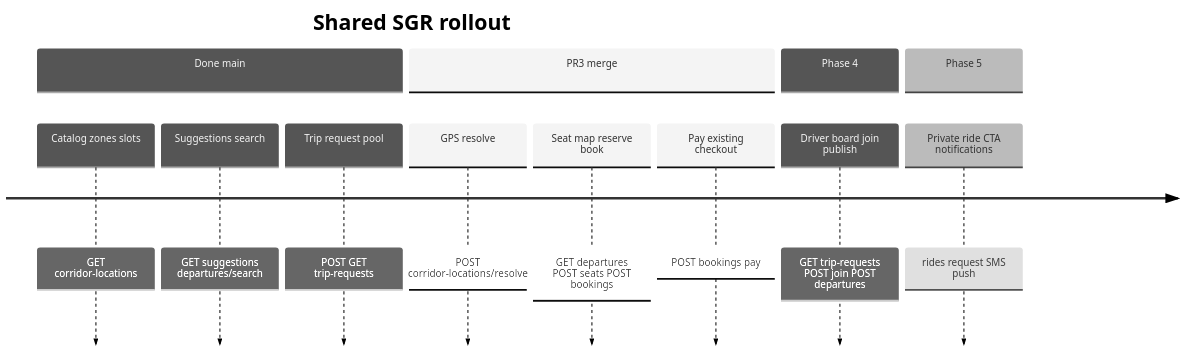
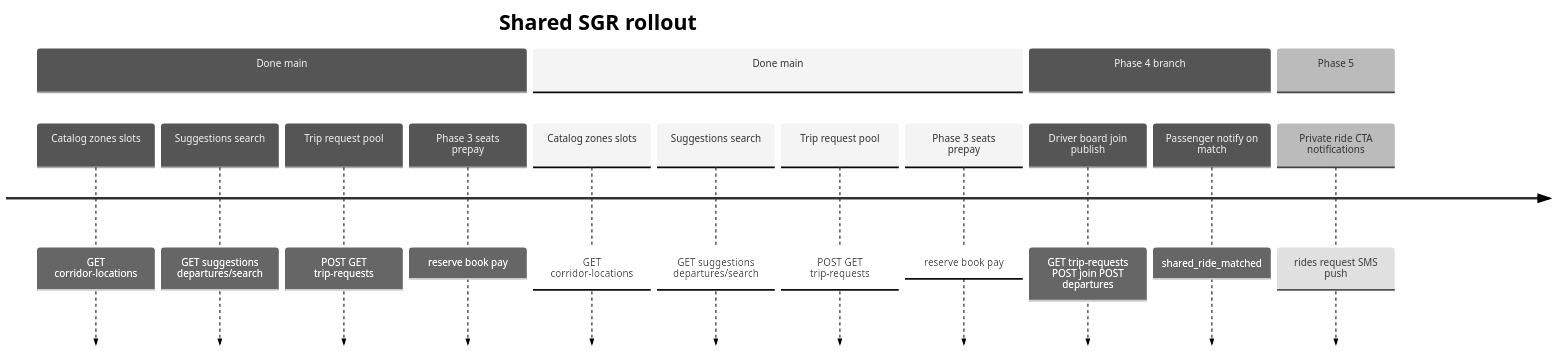
The fifth of 5 diagrams in docs/SHARED_RIDES_MOBILE_FLOW.md (JosephThuku/songa-backend), drawn with Mermaid (neutral theme) before and after one commit. The commit also changed other lines of this file and 12 other files, not shown here.

First line of the commit message:
feat(shared-rides): Phase 4 driver supply and departure lifecycle

````diff
--- a/docs/SHARED_RIDES_MOBILE_FLOW.md
+++ b/docs/SHARED_RIDES_MOBILE_FLOW.md
@@ -264,16 +290,15 @@
 ```mermaid
 timeline
   title Shared SGR rollout
   section Done main
     Catalog zones slots : GET corridor-locations
     Suggestions search : GET suggestions departures/search
     Trip request pool : POST GET trip-requests
-  section PR3 merge
-    GPS resolve : POST corridor-locations/resolve
-    Seat map reserve book : GET departures POST seats POST bookings
-    Pay existing checkout : POST bookings pay
-  section Phase 4
+  section Done main
+    Phase 3 seats prepay : reserve book pay
+  section Phase 4 branch
     Driver board join publish : GET trip-requests POST join POST departures
+    Passenger notify on match : shared_ride_matched
   section Phase 5
     Private ride CTA notifications : rides request SMS push
 ```
````
